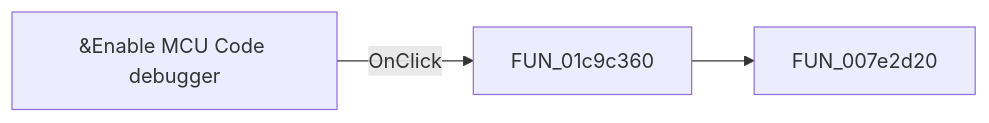
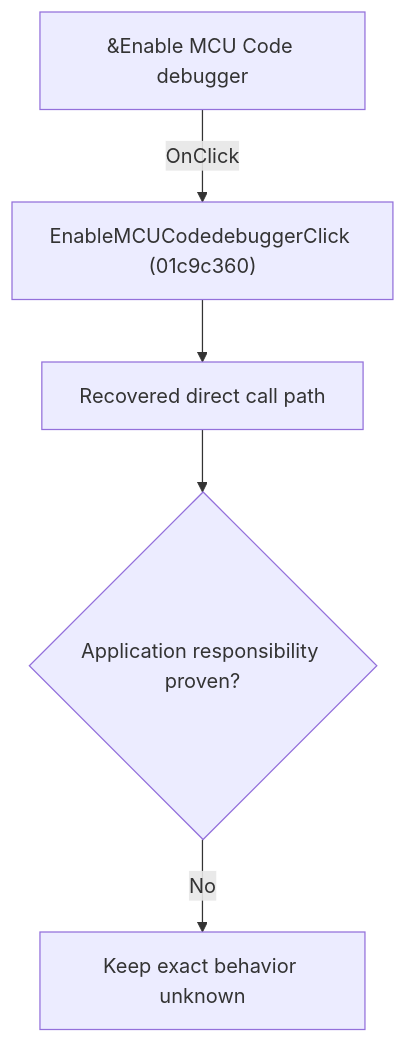
Before and after one commit to MovGP0/TIARA: the diagram in docs/ui-controls/schematiceditor/enablemcucodedebugger-6394109407.md, drawn with Mermaid. The commit also changed other lines of this file and 1062 other files, not shown here.

````diff
--- a/docs/ui-controls/schematiceditor/enablemcucodedebugger-6394109407.md
+++ b/docs/ui-controls/schematiceditor/enablemcucodedebugger-6394109407.md
@@ -27,5 +27,7 @@
 ```mermaid
-flowchart LR
-    control["&Enable MCU Code debugger"] -->|OnClick| handler["FUN_01c9c360"]
-    handler --> call1["FUN_007e2d20"]
+flowchart TD
+    control["&Enable MCU Code debugger"] -->|"OnClick"| handler["EnableMCUCodedebuggerClick (01c9c360)"]
+    handler --> recovered["Recovered direct call path"]
+    recovered --> gap{"Application responsibility proven?"}
+    gap -->|"No"| blocked["Keep exact behavior unknown"]
 ```
````
